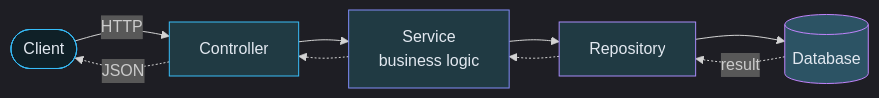
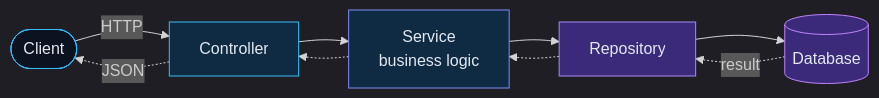
Before and after one commit to Adityanaik1818/Adityanaik1818: the fifth of 6 diagrams in ReadMe.md, drawn with Mermaid. The commit also changed other lines of this file, not shown here.

````diff
--- a/ReadMe.md
+++ b/ReadMe.md
@@ -267,17 +319,17 @@
 ```mermaid
 %%{init: {'theme':'dark'}}%%
 flowchart LR
     A([Client]) -->|HTTP| B[Controller]
     B --> C[Service<br/>business logic]
     C --> D[Repository]
     D --> E[(Database)]
     E -.->|result| D
     D -.-> C
     C -.-> B
     B -.->|JSON| A
-    style A fill:#0f2027,stroke:#38bdf8,color:#e2e8f0
-    style B fill:#203a43,stroke:#38bdf8,color:#e2e8f0
-    style C fill:#203a43,stroke:#818cf8,color:#e2e8f0
-    style D fill:#203a43,stroke:#a78bfa,color:#e2e8f0
-    style E fill:#2c5364,stroke:#c084fc,color:#e2e8f0
+    style A fill:#0b1220,stroke:#38bdf8,color:#e2e8f0
+    style B fill:#0f2a43,stroke:#38bdf8,color:#e2e8f0
+    style C fill:#0f2a43,stroke:#818cf8,color:#e2e8f0
+    style D fill:#3b2a7a,stroke:#a78bfa,color:#e2e8f0
+    style E fill:#3b2a7a,stroke:#c084fc,color:#e2e8f0
 ```
````
